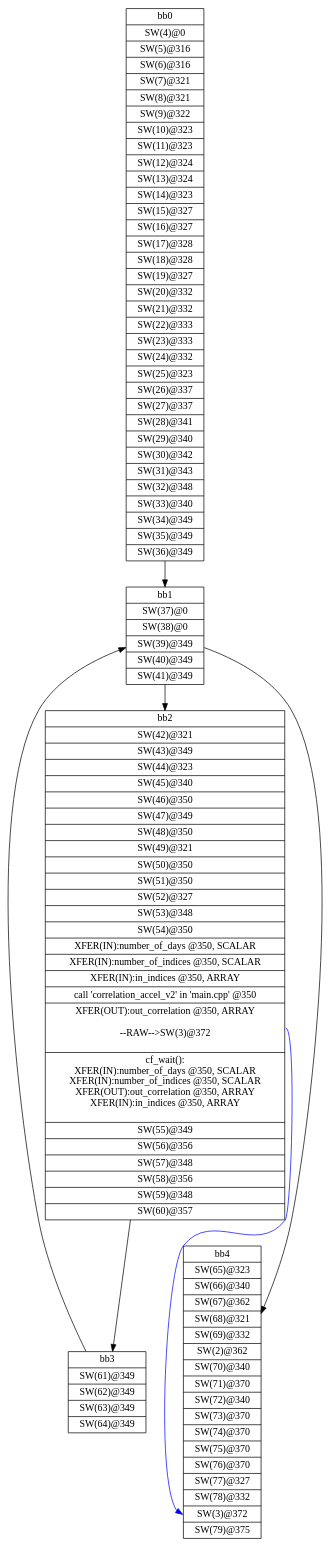
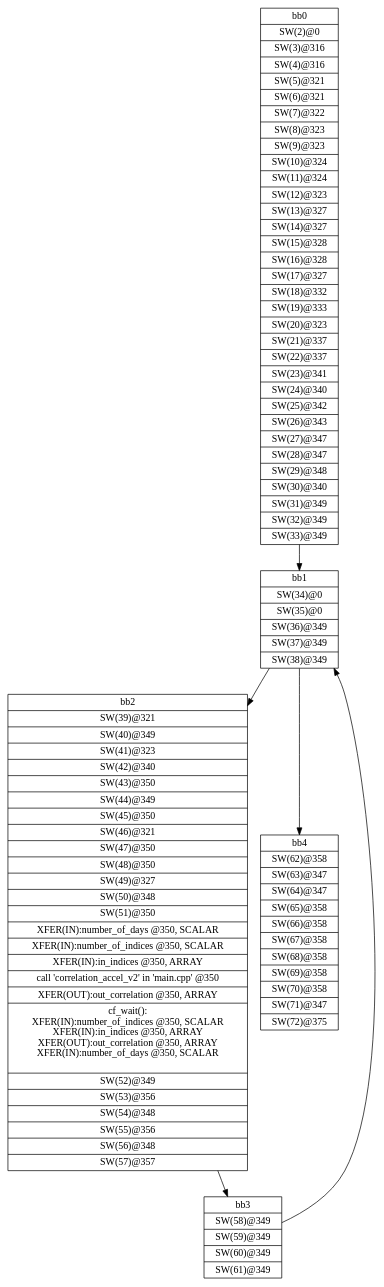
Before and after one commit to nguyencanhtrung/SDSoC: the diagram in workspace/correlation_ver2_axis/correlation_axis_ver2/SDRelease/_sds/.llvm/_px_cdfg_wait_main.dot, drawn with Graphviz. The commit also changed 716 other files, not shown here.

```diff
--- a/workspace/correlation_ver2_axis/correlation_axis_ver2/SDRelease/_sds/.llvm/_px_cdfg_wait_main.dot
+++ b/workspace/correlation_ver2_axis/correlation_axis_ver2/SDRelease/_sds/.llvm/_px_cdfg_wait_main.dot
@@ -1,14 +1,13 @@
 digraph CDFG {
 node [shape=record];
-bb0 [shape=record, label = "{bb0|<x0x2d03ca0>SW(4)@0\n|<x0x2d03d20>SW(5)@316\n|<x0x2d03f10>SW(6)@316\n|<x0x2d04660>SW(7)@321\n|<x0x2d04890>SW(8)@321\n|<x0x2d04ac0>SW(9)@322\n|<x0x2d04cf0>SW(10)@323\n|<x0x2d04f20>SW(11)@323\n|<x0x2d05150>SW(12)@324\n|<x0x2d053a0>SW(13)@324\n|<x0x2d00ad0>SW(14)@323\n|<x0x2d00d10>SW(15)@327\n|<x0x2d00f40>SW(16)@327\n|<x0x2d01170>SW(17)@328\n|<x0x2d013c0>SW(18)@328\n|<x0x2d015d0>SW(19)@327\n|<x0x2d01810>SW(20)@332\n|<x0x2d01a40>SW(21)@332\n|<x0x2d01c70>SW(22)@333\n|<x0x2d01ec0>SW(23)@333\n|<x0x2d020d0>SW(24)@332\n|<x0x2d02310>SW(25)@323\n|<x0x2d02540>SW(26)@337\n|<x0x2d02750>SW(27)@337\n|<x0x2d02970>SW(28)@341\n|<x0x2d06a00>SW(29)@340\n|<x0x2d06c50>SW(30)@342\n|<x0x2d06ec0>SW(31)@343\n|<x0x2d07110>SW(32)@348\n|<x0x2d07340>SW(33)@340\n|<x0x2d07590>SW(34)@349\n|<x0x2d077b0>SW(35)@349\n|<x0x2d079f0>SW(36)@349\n}"];
-bb1 [shape=record, label = "{bb1|<x0x2d07d90>SW(37)@0\n|<x0x2d07f00>SW(38)@0\n|<x0x2d080a0>SW(39)@349\n|<x0x2d082d0>SW(40)@349\n|<x0x2d084e0>SW(41)@349\n}"];
-bb2 [shape=record, label = "{bb2|<x0x2d07c70>SW(42)@321\n|<x0x2d08ae0>SW(43)@349\n|<x0x2d08d10>SW(44)@323\n|<x0x2d08f40>SW(45)@340\n|<x0x2d09190>SW(46)@350\n|<x0x2d093b0>SW(47)@349\n|<x0x2d095e0>SW(48)@350\n|<x0x2d097f0>SW(49)@321\n|<x0x2d09a20>SW(50)@350\n|<x0x2d09c30>SW(51)@350\n|<x0x2d09e50>SW(52)@327\n|<x0x2d0a080>SW(53)@348\n|<x0x2d0a2b0>SW(54)@350\n|<x0x2d0e1a0>XFER(IN):number_of_days @350, SCALAR\n|<x0x2d0e280>XFER(IN):number_of_indices @350, SCALAR\n|<x0x2d0e360>XFER(IN):in_indices @350, ARRAY\n|<x0x2cfc350>call 'correlation_accel_v2' in 'main.cpp' @350\n|<x0x2d0ece0>XFER(OUT):out_correlation @350, ARRAY\n\n--RAW--\>SW(3)@372\n\n|<x0x2cff620>cf_wait(): \nXFER(IN):number_of_days @350, SCALAR\nXFER(IN):number_of_indices @350, SCALAR\nXFER(OUT):out_correlation @350, ARRAY\nXFER(IN):in_indices @350, ARRAY\n\n|<x0x2d0a500>SW(55)@349\n|<x0x2d0a730>SW(56)@356\n|<x0x2d0a940>SW(57)@348\n|<x0x2d0ab80>SW(58)@356\n|<x0x2d0ada0>SW(59)@348\n|<x0x2d0afe0>SW(60)@357\n}"];
-bb3 [shape=record, label = "{bb3|<x0x2d0b320>SW(61)@349\n|<x0x2d0b550>SW(62)@349\n|<x0x2d0b760>SW(63)@349\n|<x0x2d0b9a0>SW(64)@349\n}"];
-bb4 [shape=record, label = "{bb4|<x0x2d0bdb0>SW(65)@323\n|<x0x2d0bfb0>SW(66)@340\n|<x0x2d0c200>SW(67)@362\n|<x0x2d0c420>SW(68)@321\n|<x0x2d0c650>SW(69)@332\n|<x0x2d00990>SW(2)@362\n|<x0x2d0c8a0>SW(70)@340\n|<x0x2d0cb60>SW(71)@370\n|<x0x2d0cd20>SW(72)@340\n|<x0x2d0cf70>SW(73)@370\n|<x0x2d0d180>SW(74)@370\n|<x0x2d0d390>SW(75)@370\n|<x0x2d0d5a0>SW(76)@370\n|<x0x2d0d7e0>SW(77)@327\n|<x0x2d0da10>SW(78)@332\n|<x0x2d006d0>SW(3)@372\n|<x0x2d0dc60>SW(79)@375\n}"];
+bb0 [shape=record, label = "{bb0|<x0x1f71bf0>SW(2)@0\n|<x0x1f74b20>SW(3)@316\n|<x0x1f74d30>SW(4)@316\n|<x0x1f753b0>SW(5)@321\n|<x0x1f755b0>SW(6)@321\n|<x0x1f757e0>SW(7)@322\n|<x0x1f75a10>SW(8)@323\n|<x0x1f75c40>SW(9)@323\n|<x0x1f75e70>SW(10)@324\n|<x0x1f76460>SW(11)@324\n|<x0x1f76670>SW(12)@323\n|<x0x1f768b0>SW(13)@327\n|<x0x1f76ae0>SW(14)@327\n|<x0x1f76d10>SW(15)@328\n|<x0x1f76f60>SW(16)@328\n|<x0x1f77170>SW(17)@327\n|<x0x1f72550>SW(18)@332\n|<x0x1f72750>SW(19)@333\n|<x0x1f729a0>SW(20)@323\n|<x0x1f72bd0>SW(21)@337\n|<x0x1f72de0>SW(22)@337\n|<x0x1f73000>SW(23)@341\n|<x0x1f73250>SW(24)@340\n|<x0x1f734a0>SW(25)@342\n|<x0x1f73710>SW(26)@343\n|<x0x1f73960>SW(27)@347\n|<x0x1f73b70>SW(28)@347\n|<x0x1f73db0>SW(29)@348\n|<x0x1f73fe0>SW(30)@340\n|<x0x1f74230>SW(31)@349\n|<x0x1f74450>SW(32)@349\n|<x0x1f78520>SW(33)@349\n}"];
+bb1 [shape=record, label = "{bb1|<x0x1f78880>SW(34)@0\n|<x0x1f789f0>SW(35)@0\n|<x0x1f78b90>SW(36)@349\n|<x0x1f78dc0>SW(37)@349\n|<x0x1f78fd0>SW(38)@349\n}"];
+bb2 [shape=record, label = "{bb2|<x0x1f78760>SW(39)@321\n|<x0x1f795a0>SW(40)@349\n|<x0x1f797d0>SW(41)@323\n|<x0x1f79a00>SW(42)@340\n|<x0x1f79c50>SW(43)@350\n|<x0x1f79e70>SW(44)@349\n|<x0x1f7a0a0>SW(45)@350\n|<x0x1f7a2b0>SW(46)@321\n|<x0x1f7a4e0>SW(47)@350\n|<x0x1f7a730>SW(48)@350\n|<x0x1f7a8f0>SW(49)@327\n|<x0x1f7ab20>SW(50)@348\n|<x0x1f7ad50>SW(51)@350\n|<x0x1f7e2f0>XFER(IN):number_of_days @350, SCALAR\n|<x0x1f7e3d0>XFER(IN):number_of_indices @350, SCALAR\n|<x0x1f7e4b0>XFER(IN):in_indices @350, ARRAY\n|<x0x1f6d9e0>call 'correlation_accel_v2' in 'main.cpp' @350\n|<x0x1f7ea70>XFER(OUT):out_correlation @350, ARRAY\n|<x0x1f6d090>cf_wait(): \nXFER(IN):number_of_indices @350, SCALAR\nXFER(IN):in_indices @350, ARRAY\nXFER(OUT):out_correlation @350, ARRAY\nXFER(IN):number_of_days @350, SCALAR\n\n|<x0x1f7afa0>SW(52)@349\n|<x0x1f7b1d0>SW(53)@356\n|<x0x1f7b3e0>SW(54)@348\n|<x0x1f7b610>SW(55)@356\n|<x0x1f7b830>SW(56)@348\n|<x0x1f7ba70>SW(57)@357\n}"];
+bb3 [shape=record, label = "{bb3|<x0x1f7bdb0>SW(58)@349\n|<x0x1f7bfe0>SW(59)@349\n|<x0x1f7c1f0>SW(60)@349\n|<x0x1f7c430>SW(61)@349\n}"];
+bb4 [shape=record, label = "{bb4|<x0x1f7c6f0>SW(62)@358\n|<x0x1f7ca40>SW(63)@347\n|<x0x1f7cc80>SW(64)@347\n|<x0x1f7ceb0>SW(65)@358\n|<x0x1f7d0c0>SW(66)@358\n|<x0x1f7d2d0>SW(67)@358\n|<x0x1f7d4e0>SW(68)@358\n|<x0x1f7d6f0>SW(69)@358\n|<x0x1f7d950>SW(70)@358\n|<x0x1f7db70>SW(71)@347\n|<x0x1f7ddb0>SW(72)@375\n}"];
 bb0 -> bb1
 bb1 -> bb2
 bb1 -> bb4
 bb2 -> bb3
 bb3 -> bb1
-bb2:x0x2d0ece0 -> bb4:x0x2d006d0[color=blue]
 }
```
